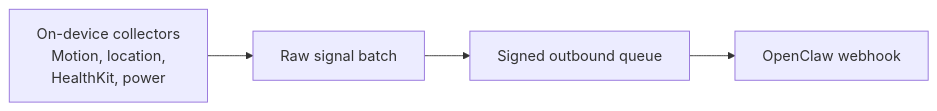
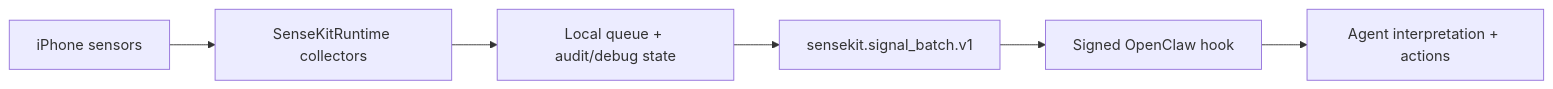
The diagram in README.md (Sense-Kit/sense-kit), drawn with Mermaid before and after one commit. The commit also changed other lines of this file and 2 other files, not shown here.

Commit message:
docs: align repo docs with raw-signal runtime

````diff
--- a/README.md
+++ b/README.md
@@ -48,6 +52,8 @@
 ```mermaid
 flowchart LR
-    A["On-device collectors<br/>Motion, location,<br/>HealthKit, power"] --> B["Raw signal batch"]
-    B --> C["Signed outbound queue"]
-    C --> D["OpenClaw webhook"]
+    A["iPhone sensors"] --> B["SenseKitRuntime collectors"]
+    B --> C["Local queue + audit/debug state"]
+    C --> D["sensekit.signal_batch.v1"]
+    D --> E["Signed OpenClaw hook"]
+    E --> F["Agent interpretation + actions"]
 ```
````
